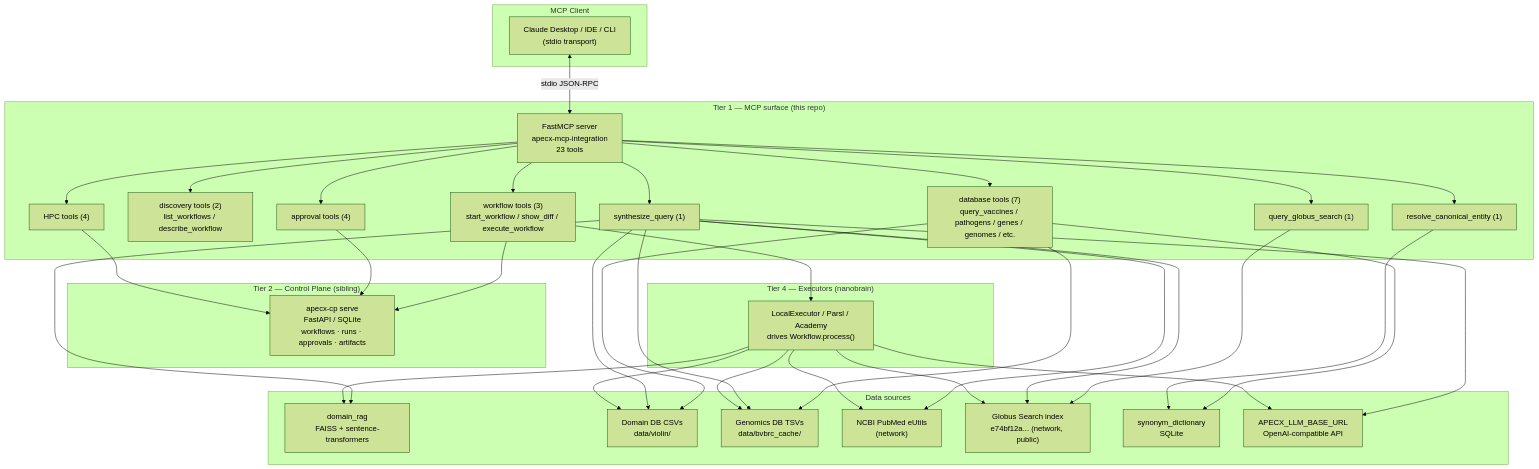
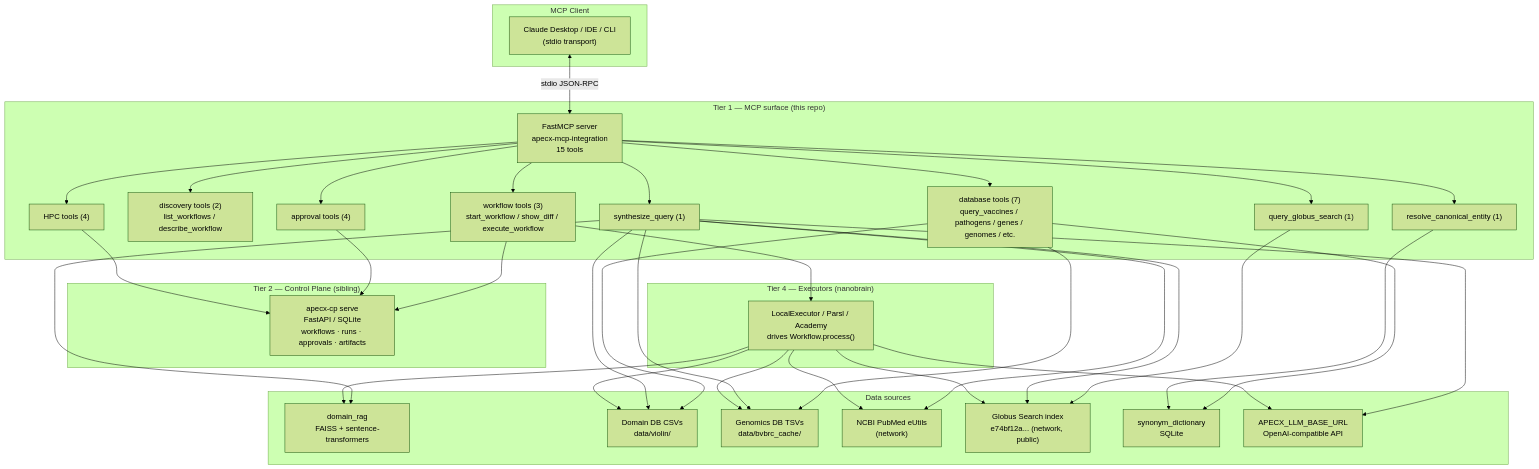
The first of 8 diagrams in docs/architecture.md (AlexandrNP/apecx-mcp-integration), drawn with Mermaid (forest theme) before and after one commit. The commit also changed other lines of this file and 5 other files, not shown here.

````diff
--- a/docs/architecture.md
+++ b/docs/architecture.md
@@ -48,50 +48,50 @@
 ```mermaid
 flowchart TB
     subgraph Client["MCP Client"]
         CD["Claude Desktop / IDE / CLI<br/>(stdio transport)"]
     end
 
     subgraph Tier1["Tier 1 — MCP surface (this repo)"]
-        SRV["FastMCP server<br/>apecx-mcp-integration<br/>23 tools"]
+        SRV["FastMCP server<br/>apecx-mcp-integration<br/>15 tools"]
         ToolsW["workflow tools (3)<br/>start_workflow / show_diff / execute_workflow"]
         ToolsD["discovery tools (2)<br/>list_workflows / describe_workflow"]
         ToolsDB["database tools (7)<br/>query_vaccines / pathogens / genes / genomes / etc."]
         ToolsCE["resolve_canonical_entity (1)"]
         ToolsSy["synthesize_query (1)"]
         ToolsGS["query_globus_search (1)"]
         ToolsAp["approval tools (4)"]
         ToolsHpc["HPC tools (4)"]
     end
 
     subgraph Tier2["Tier 2 — Control Plane (sibling)"]
         CP["apecx-cp serve<br/>FastAPI / SQLite<br/>workflows · runs · approvals · artifacts"]
     end
 
     subgraph Tier4["Tier 4 — Executors (nanobrain)"]
         Exec["LocalExecutor / Parsl / Academy<br/>drives Workflow.process()"]
     end
 
     subgraph Data["Data sources"]
         FAISS["domain_rag<br/>FAISS + sentence-transformers"]
         DOMAINDB["Domain DB CSVs<br/>data/violin/"]
         GENOMICSDB["Genomics DB TSVs<br/>data/bvbrc_cache/"]
         PUBMED["NCBI PubMed eUtils<br/>(network)"]
         GLOBUS["Globus Search index<br/>e74bf12a... (network, public)"]
         DICT["synonym_dictionary<br/>SQLite"]
         LLM["APECX_LLM_BASE_URL<br/>OpenAI-compatible API"]
     end
 
     CD <-- "stdio JSON-RPC" --> SRV
     SRV --> ToolsW & ToolsD & ToolsDB & ToolsCE & ToolsSy & ToolsGS & ToolsAp & ToolsHpc
     ToolsW --> CP
     ToolsAp --> CP
     ToolsHpc --> CP
     ToolsW --> Exec
     ToolsDB --> DOMAINDB
     ToolsDB --> GENOMICSDB
     ToolsDB --> DICT
     ToolsCE --> DICT
     ToolsGS --> GLOBUS
     ToolsSy --> FAISS & DOMAINDB & GENOMICSDB & PUBMED & GLOBUS & LLM
     Exec --> FAISS & DOMAINDB & GENOMICSDB & PUBMED & GLOBUS & LLM
 ```
````
